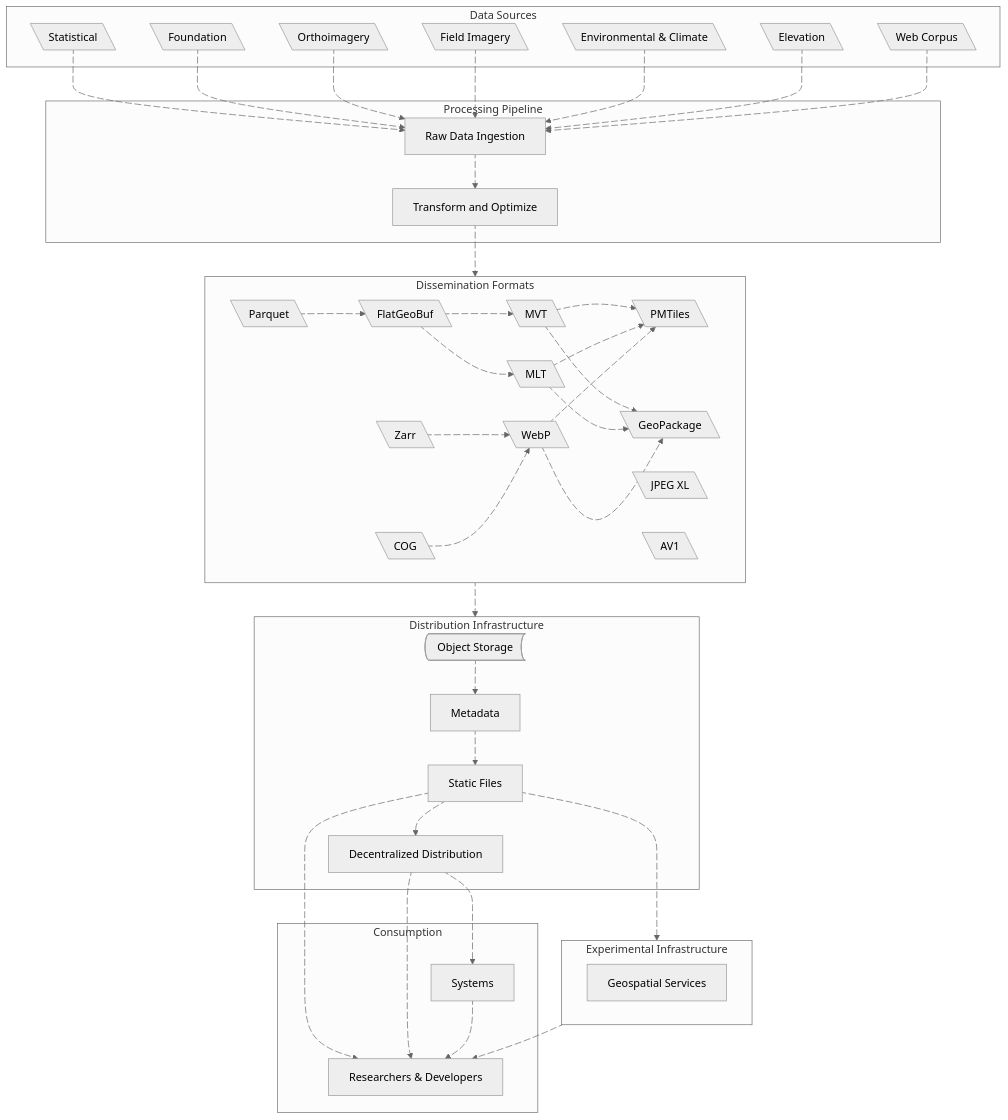
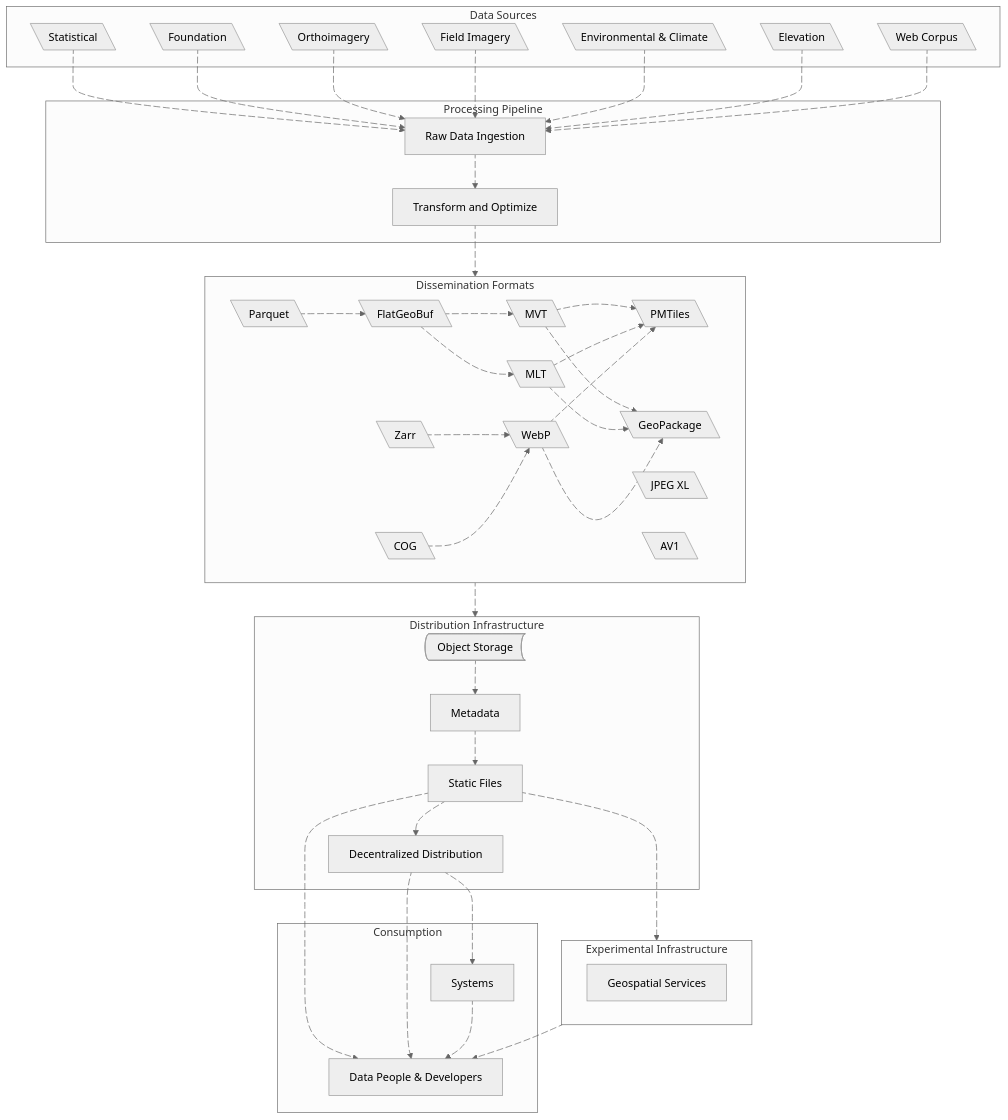
The diagram in content/_index.md (dataforcanada/www.dataforcanada.org), drawn with Mermaid (neutral theme) before and after one commit. The commit also changed other lines of this file, not shown here.

```diff
--- a/content/_index.md
+++ b/content/_index.md
@@ -81,7 +83,7 @@
     end
 
     subgraph "Consumption"
-        DataSci@{ shape: rect, label: "Researchers & Developers"}
+        DataSci@{ shape: rect, label: "Data People & Developers"}
         Systems@{ shape: rect, label: "Systems"}
     end
 
```
